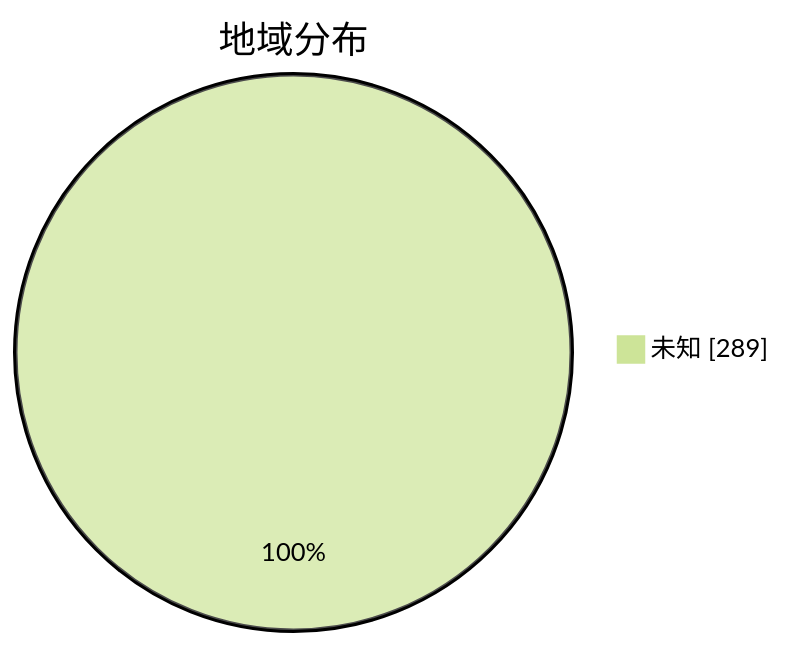
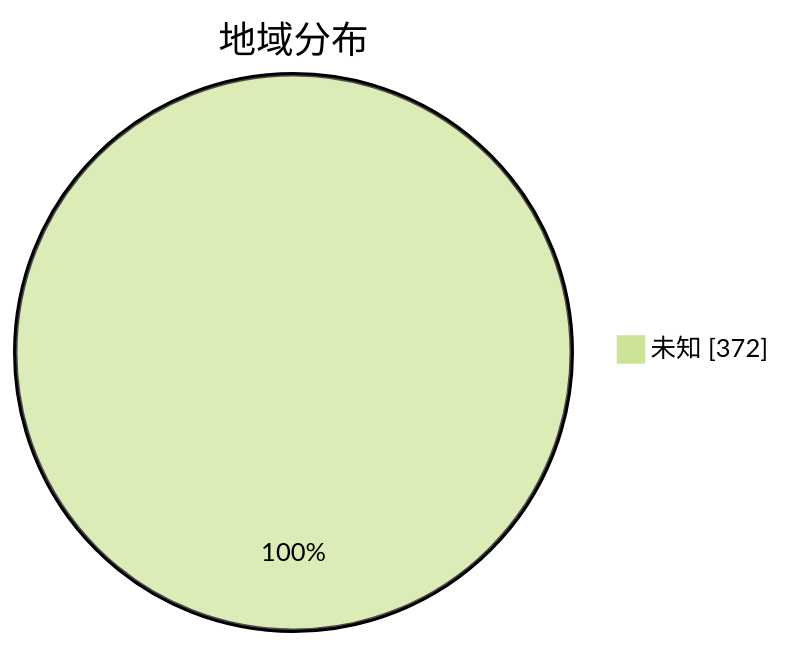
One commit to qjlxg/airport changed the second of 3 diagrams in subs/statistics/tested_within.md. Above: the diagram before and after it, drawn with Mermaid (forest theme). The commit also changed other lines of this file and 2 other files, not shown here.

````diff
--- a/subs/statistics/tested_within.md
+++ b/subs/statistics/tested_within.md
@@ -13,5 +15,5 @@
 ```mermaid
 pie showData
 title 地域分布
-"未知" : 289
+"未知" : 372
 ```
````
